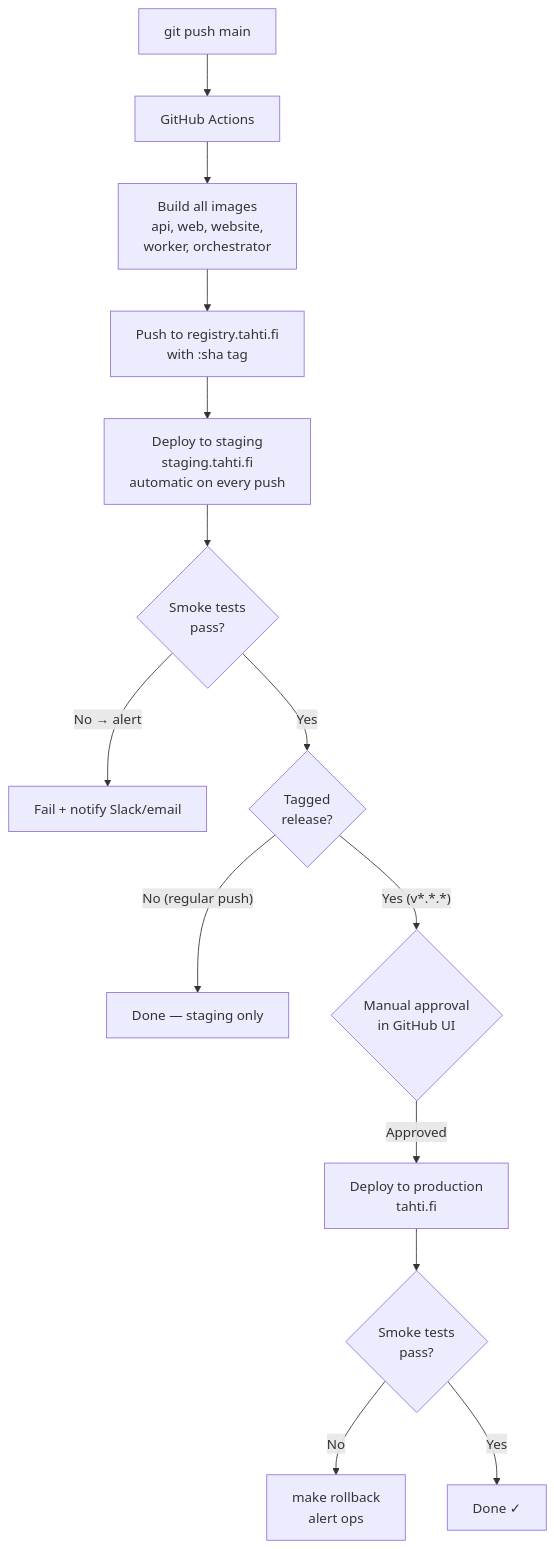
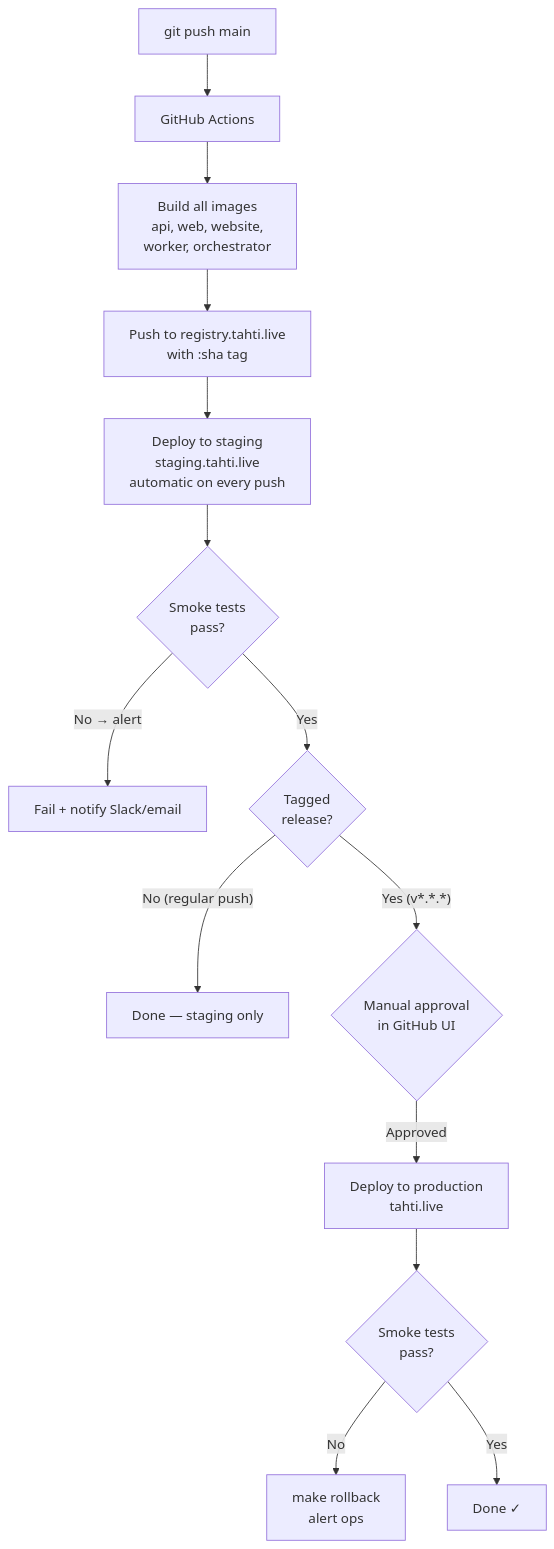
The second of 3 diagrams in docs/technical/phase-5.md (janiluuk/tahti-org), drawn with Mermaid before and after one commit. The commit also changed other lines of this file and 148 other files, not shown here.

First line of the commit message:
feat(m10): member governance, chat polish, domain rename to tahti.live

````diff
--- a/docs/technical/phase-5.md
+++ b/docs/technical/phase-5.md
@@ -65,23 +65,23 @@
 ```mermaid
 flowchart TD
     Push[git push main] --> CI[GitHub Actions]
 
     CI --> BuildAll["Build all images\napi, web, website,\nworker, orchestrator"]
 
-    BuildAll --> PushRegistry[Push to registry.tahti.fi\nwith :sha tag]
+    BuildAll --> PushRegistry[Push to registry.tahti.live\nwith :sha tag]
 
-    PushRegistry --> DeployStaging["Deploy to staging\nstaging.tahti.fi\nautomatic on every push"]
+    PushRegistry --> DeployStaging["Deploy to staging\nstaging.tahti.live\nautomatic on every push"]
 
     DeployStaging --> SmokeStaging{Smoke tests\npass?}
 
     SmokeStaging -- "No → alert" --> Fail[Fail + notify Slack/email]
     SmokeStaging -- Yes --> TagRelease{Tagged\nrelease?}
 
     TagRelease -- "No (regular push)" --> Done1[Done — staging only]
     TagRelease -- "Yes (v*.*.*)" --> Approval{Manual approval\nin GitHub UI}
 
-    Approval -- Approved --> DeployProd["Deploy to production\ntahti.fi"]
+    Approval -- Approved --> DeployProd["Deploy to production\ntahti.live"]
     DeployProd --> SmokeProd{Smoke tests\npass?}
     SmokeProd -- No --> Rollback[make rollback\nalert ops]
     SmokeProd -- Yes --> Done2[Done ✓]
 ```
````
